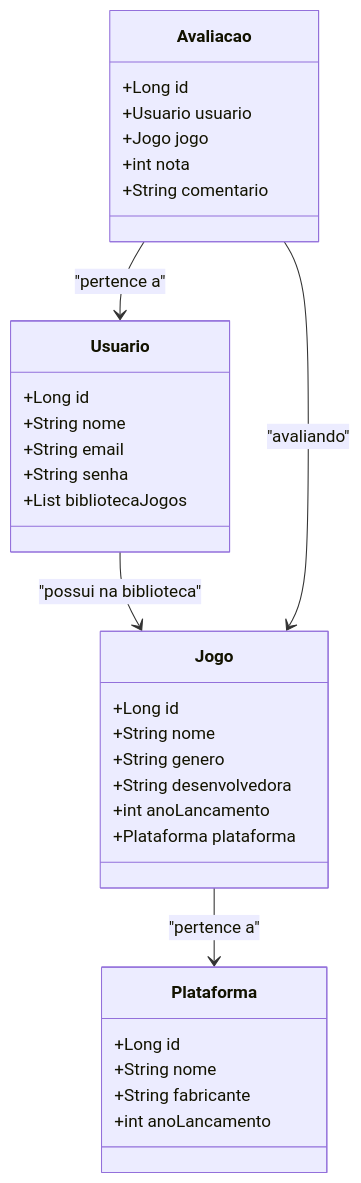
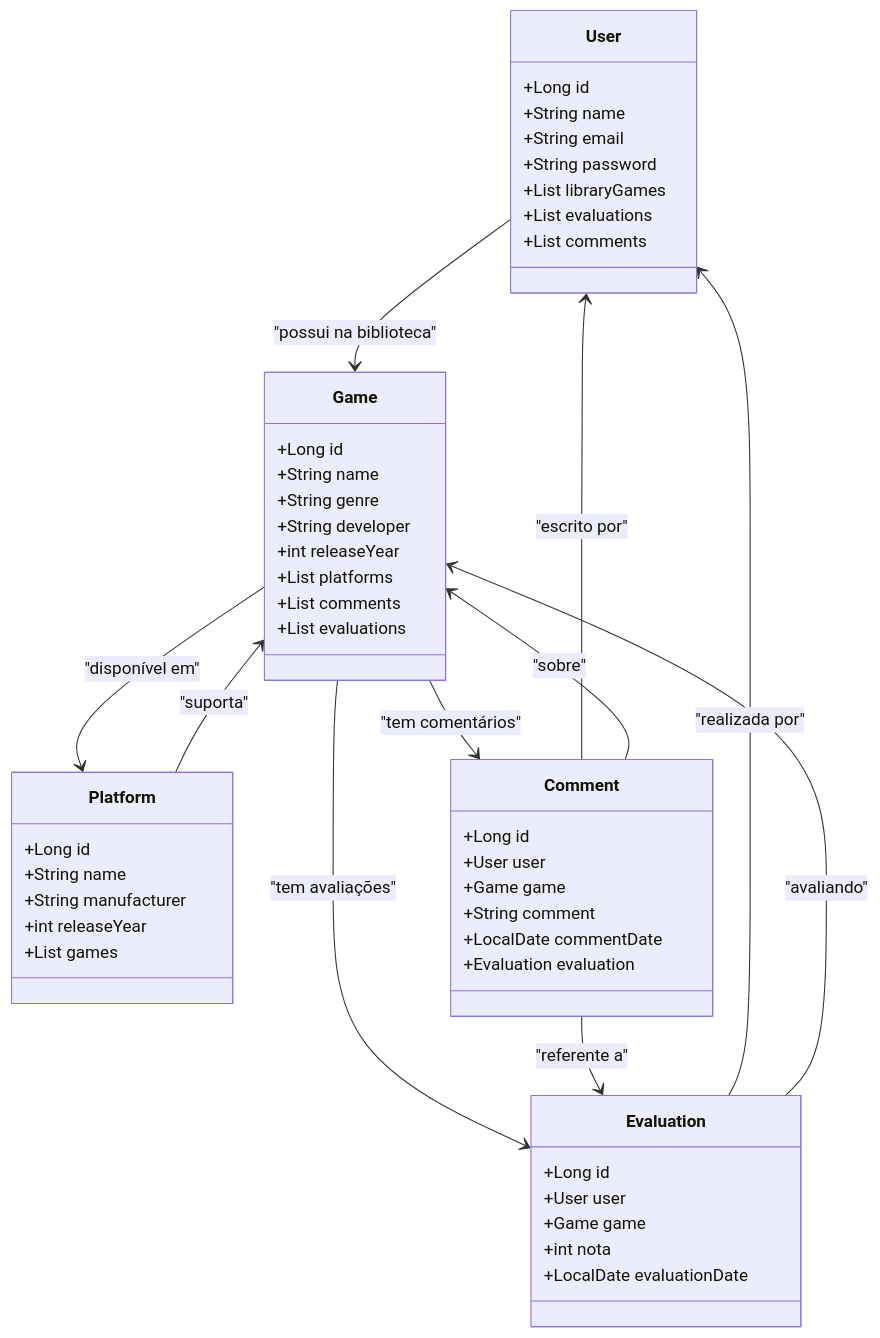
The diagram in README.md (Rody-CS/GameHub-API), drawn with Mermaid before and after one commit.

Commit message:
Update README.md
Atualização do diagrama de classes.

````diff
--- a/README.md
+++ b/README.md
@@ -9,39 +9,60 @@
 ```mermaid
 classDiagram
-    class Jogo {
+    class User {
         +Long id
-        +String nome
-        +String genero
-        +String desenvolvedora
-        +int anoLancamento
-        +Plataforma plataforma
+        +String name
+        +String email
+        +String password
+        +List<Game> libraryGames
+        +List<Evaluation> evaluations
+        +List<Comment> comments
     }
 
-    class Plataforma {
+    class Game {
         +Long id
-        +String nome
-        +String fabricante
-        +int anoLancamento
+        +String name
+        +String genre
+        +String developer
+        +int releaseYear
+        +List<Platform> platforms
+        +List<Comment> comments
+        +List<Evaluation> evaluations
     }
 
-    class Usuario {
+    class Platform {
         +Long id
-        +String nome
-        +String email
-        +String senha
-        +List<Jogo> bibliotecaJogos
+        +String name
+        +String manufacturer
+        +int releaseYear
+        +List<Game> games
     }
 
-    class Avaliacao {
+    class Evaluation {
         +Long id
-        +Usuario usuario
-        +Jogo jogo
+        +User user
+        +Game game
         +int nota
-        +String comentario
+        +LocalDate evaluationDate
     }
 
-    Jogo --> Plataforma : "pertence a"
-    Usuario --> Jogo : "possui na biblioteca"
-    Avaliacao --> Usuario : "pertence a"
-    Avaliacao --> Jogo : "avaliando"
+    class Comment {
+        +Long id
+        +User user
+        +Game game
+        +String comment
+        +LocalDate commentDate
+        +Evaluation evaluation
+    }
+
+    %% Relacionamentos organizados
+    User --> Game : "possui na biblioteca"
+    Game --> Platform : "disponível em"
+    Platform --> Game : "suporta"
+    Game --> Comment : "tem comentários"
+    Game --> Evaluation : "tem avaliações"
+    Evaluation --> User : "realizada por"
+    Evaluation --> Game : "avaliando"
+    Comment --> User : "escrito por"
+    Comment --> Game : "sobre"
+    Comment --> Evaluation : "referente a"
 ```
````
